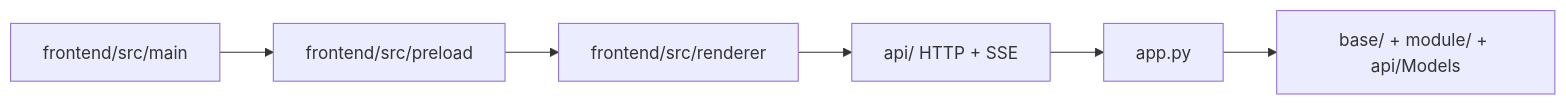
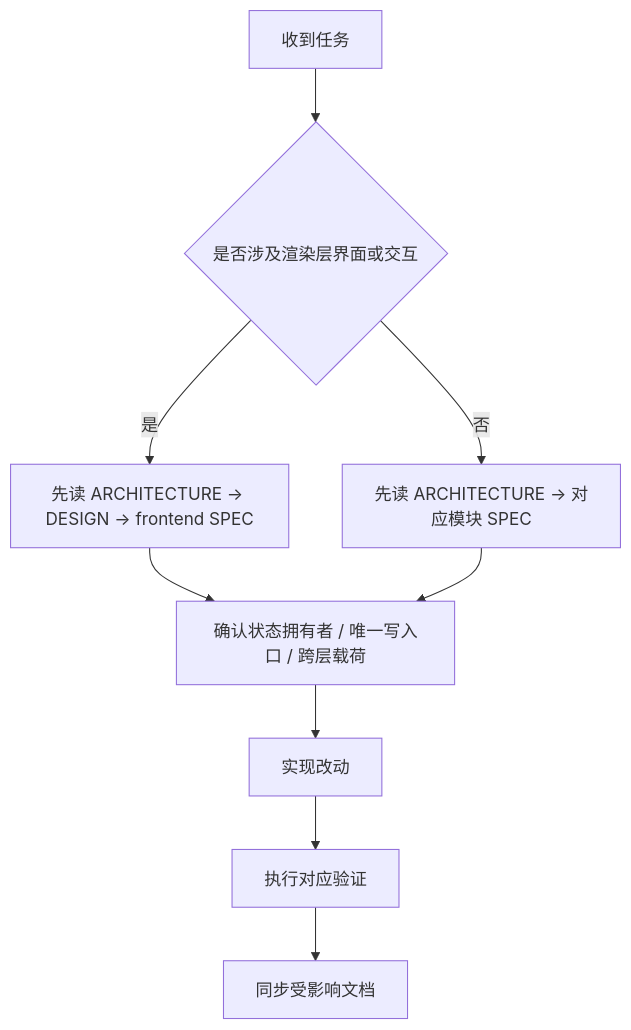
Before and after one commit to neavo/LinguaGacha: the diagram in AGENTS.md, drawn with Mermaid. The commit also changed other lines of this file and 68 other files, not shown here.

````diff
--- a/AGENTS.md
+++ b/AGENTS.md
@@ -10,8 +9,11 @@
 ```mermaid
-flowchart LR
-    A["frontend/src/main"] --> B["frontend/src/preload"]
-    B --> C["frontend/src/renderer"]
-    C --> D["api/ HTTP + SSE"]
-    D --> E["app.py"]
-    E --> F["base/ + module/ + api/Models"]
+flowchart TD
+    A["收到任务"] --> B{"是否涉及渲染层界面或交互"}
+    B -->|是| C["先读 ARCHITECTURE -> DESIGN -> frontend SPEC"]
+    B -->|否| D["先读 ARCHITECTURE -> 对应模块 SPEC"]
+    C --> E["确认状态拥有者 / 唯一写入口 / 跨层载荷"]
+    D --> E
+    E --> F["实现改动"]
+    F --> G["执行对应验证"]
+    G --> H["同步受影响文档"]
 ```
````
